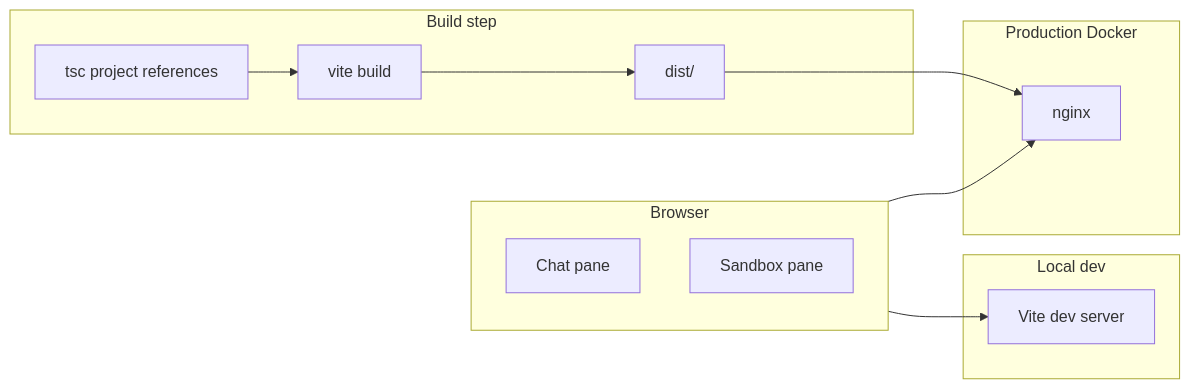
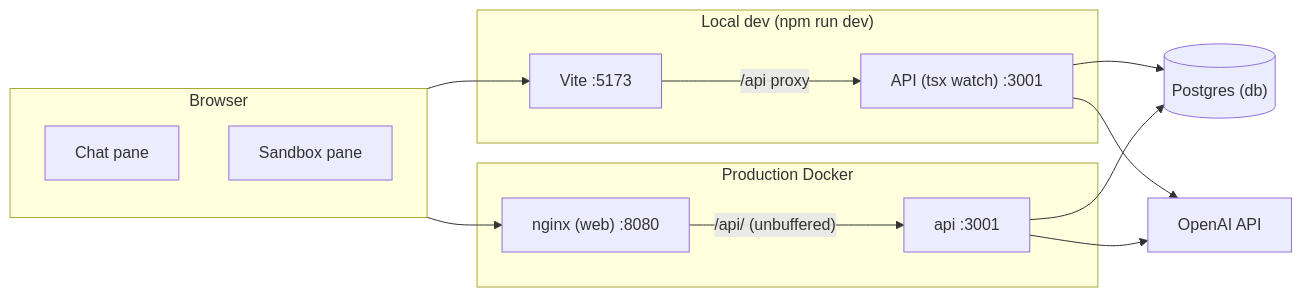
Before and after one commit to daniel-citrus/genui-prototype: the diagram in docs/ARCHITECTURE.md, drawn with Mermaid. The commit also changed other lines of this file and 6 other files, not shown here.

First line of the commit message:
Run the API and database in Docker, and document the architecture

````diff
--- a/docs/ARCHITECTURE.md
+++ b/docs/ARCHITECTURE.md
@@ -55,26 +61,29 @@
 ```mermaid
 flowchart LR
   subgraph browser ["Browser"]
     ChatPane["Chat pane"]
     SandboxPane["Sandbox pane"]
   end
 
-  subgraph devLocal ["Local dev"]
-    DevServer["Vite dev server"]
+  subgraph devLocal ["Local dev (npm run dev)"]
+    DevServer["Vite :5173"]
+    DevApi["API (tsx watch) :3001"]
+    DevServer -- "/api proxy" --> DevApi
   end
 
   subgraph prodDocker ["Production Docker"]
-    Nginx["nginx"]
+    Nginx["nginx (web) :8080"]
+    Api["api :3001"]
+    Nginx -- "/api/ (unbuffered)" --> Api
   end
 
-  subgraph build ["Build step"]
-    Tsc["tsc project references"]
-    ViteBuild["vite build"]
-    Dist["dist/"]
-    Tsc --> ViteBuild --> Dist
-  end
+  Db[("Postgres (db)")]
+  OpenAI["OpenAI API"]
 
   browser --> DevServer
-  Dist --> Nginx
   browser --> Nginx
+  DevApi --> Db
+  Api --> Db
+  DevApi --> OpenAI
+  Api --> OpenAI
 ```
````
